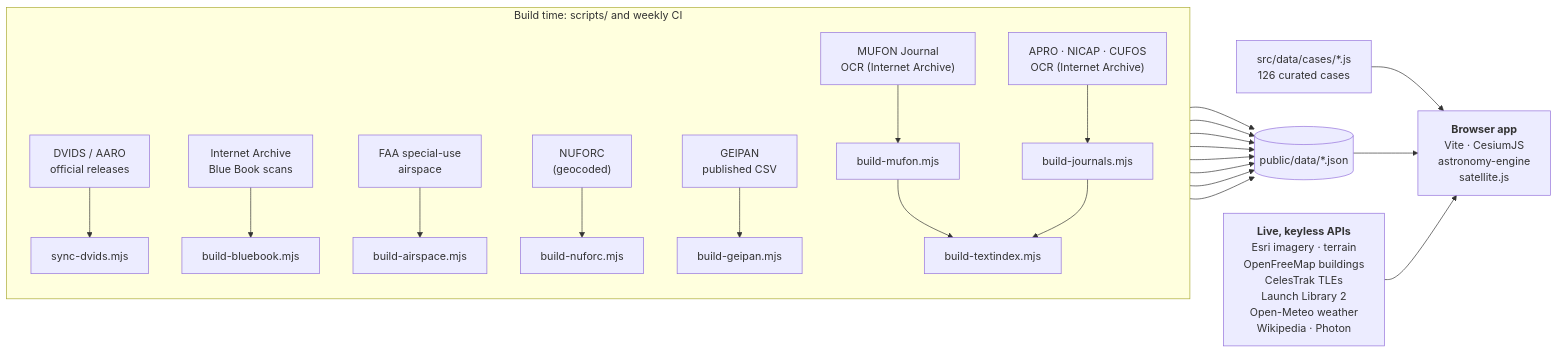
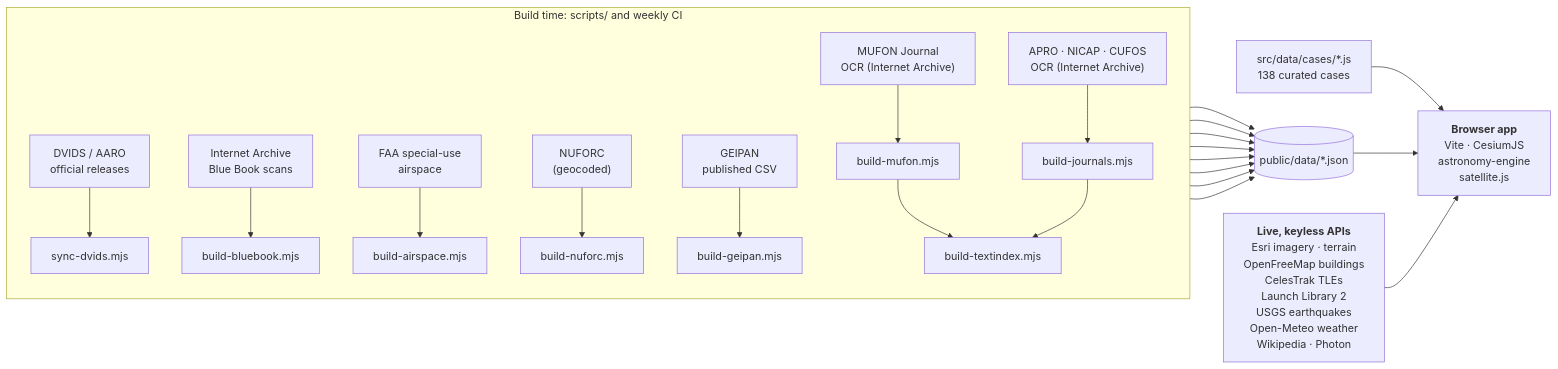
One commit to domw99/Gods-Eye-UAPs changed the diagram in README.md. Above: the diagram before and after it, drawn with Mermaid. The commit also changed other lines of this file and 24 other files, not shown here.

````diff
--- a/README.md
+++ b/README.md
@@ -303,18 +314,18 @@
 ```mermaid
 flowchart LR
   subgraph build["Build time: scripts/ and weekly CI"]
     direction TB
     DVIDS["DVIDS / AARO<br/>official releases"] --> S1["sync-dvids.mjs"]
     IA["Internet Archive<br/>Blue Book scans"] --> S2["build-bluebook.mjs"]
     FAA["FAA special-use<br/>airspace"] --> S3["build-airspace.mjs"]
     NUF["NUFORC<br/>(geocoded)"] --> S4["build-nuforc.mjs"]
     MUF["MUFON Journal<br/>OCR (Internet Archive)"] --> S5["build-mufon.mjs"]
     GEI["GEIPAN<br/>published CSV"] --> S6["build-geipan.mjs"]
     ARC["APRO · NICAP · CUFOS<br/>OCR (Internet Archive)"] --> S7["build-journals.mjs"]
     S5 & S7 --> S8["build-textindex.mjs"]
   end
   S1 & S2 & S3 & S4 & S5 & S6 & S7 & S8 --> DATA[("public/data/*.json")]
-  CASES["src/data/cases/*.js<br/>126 curated cases"] --> APP
+  CASES["src/data/cases/*.js<br/>138 curated cases"] --> APP
   DATA --> APP["<b>Browser app</b><br/>Vite · CesiumJS<br/>astronomy-engine<br/>satellite.js"]
-  LIVE["<b>Live, keyless APIs</b><br/>Esri imagery · terrain<br/>OpenFreeMap buildings<br/>CelesTrak TLEs<br/>Launch Library 2<br/>Open-Meteo weather<br/>Wikipedia · Photon"] --> APP
+  LIVE["<b>Live, keyless APIs</b><br/>Esri imagery · terrain<br/>OpenFreeMap buildings<br/>CelesTrak TLEs<br/>Launch Library 2<br/>USGS earthquakes<br/>Open-Meteo weather<br/>Wikipedia · Photon"] --> APP
 ```
````
